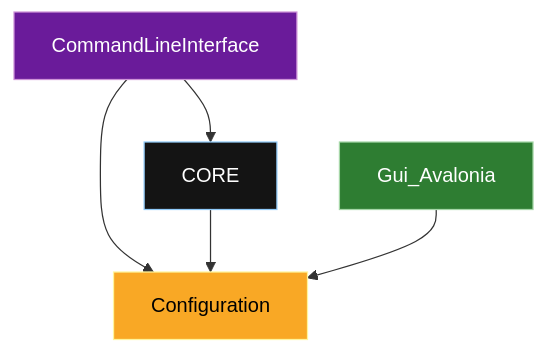
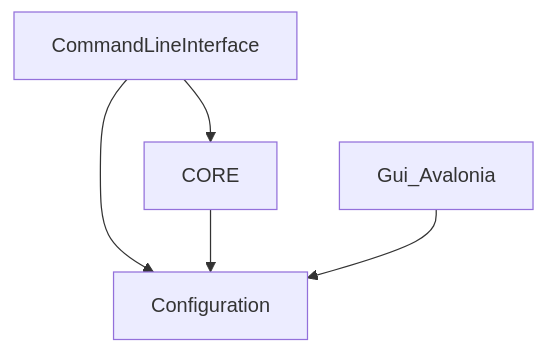
One commit to asienicki/slnx-mermaid changed the diagram in docs/architecture/dependency-graph-mermaid.md. Above: the diagram before and after it, drawn with Mermaid.

Commit message:
Align Mermaid diagram with NuGet output

````diff
--- a/docs/architecture/dependency-graph-mermaid.md
+++ b/docs/architecture/dependency-graph-mermaid.md
@@ -1,21 +1,8 @@
 ```mermaid
 graph TD
-
     CommandLineInterface --> Configuration
     CommandLineInterface --> CORE
-
     CORE --> Configuration
-
     Gui_Avalonia --> Configuration
 
-    classDef cls_yellow_custom_141414 fill:#141414,stroke:#90CAF9,color:#FFFFFF
-    classDef cls_purple fill:#6A1B9A,stroke:#CE93D8,color:#FFFFFF
-    classDef cls_yellow fill:#F9A825,stroke:#FFF59D,color:#000000
-    classDef cls_green fill:#2E7D32,stroke:#A5D6A7,color:#FFFFFF
-
-    class CORE cls_yellow_custom_141414
-    class CommandLineInterface cls_purple
-    class Configuration cls_yellow
-    class Gui_Avalonia cls_green
-
 ```
````
